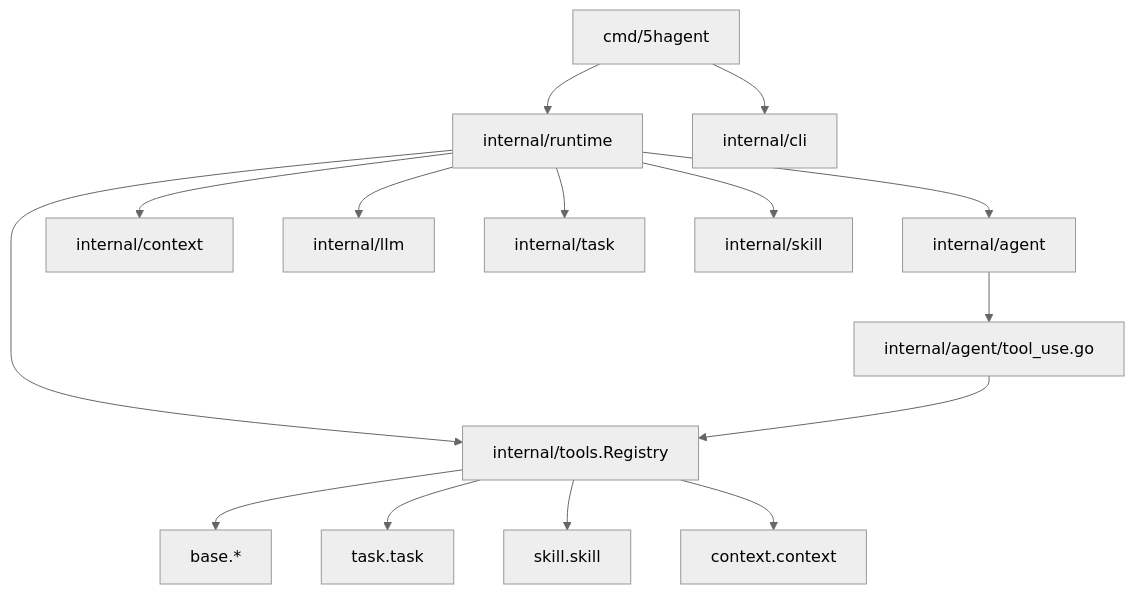
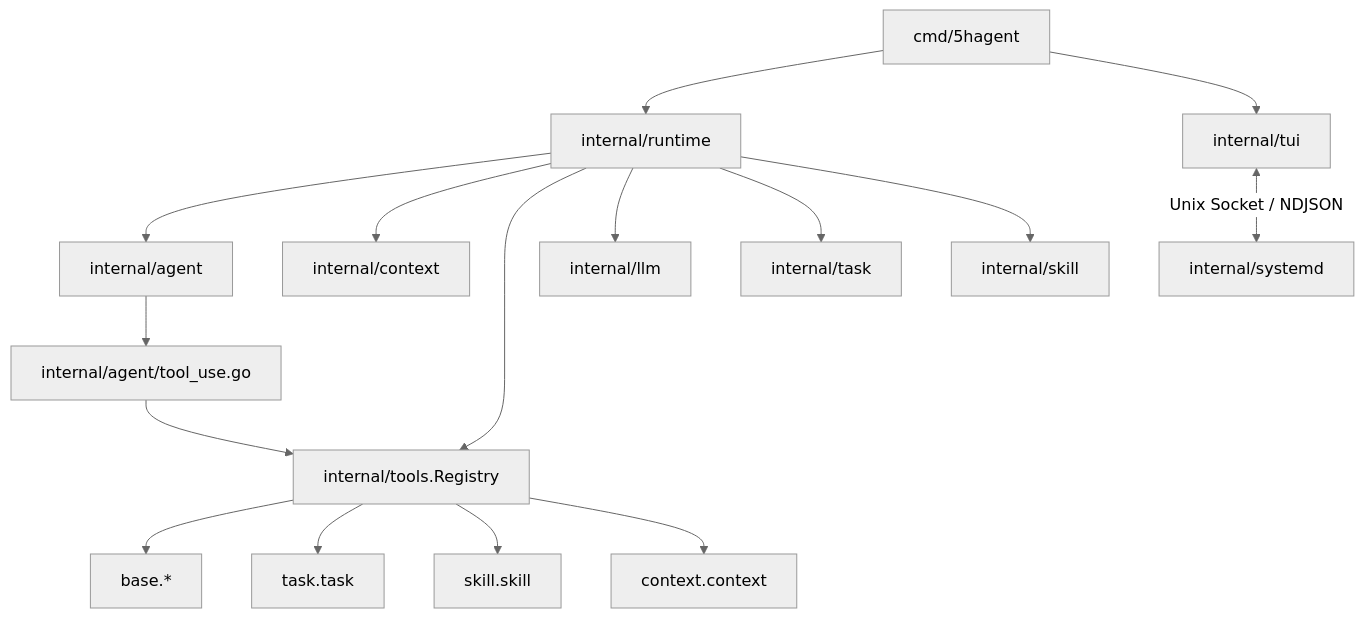
The diagram in doc/0README.md (Ozqi/5hAgent), drawn with Mermaid (neutral theme) before and after one commit. The commit also changed 16 other files, not shown here.

````diff
--- a/doc/0README.md
+++ b/doc/0README.md
@@ -19,17 +19,18 @@
 ```mermaid
 flowchart TB
   main[cmd/5hagent] --> rt[internal/runtime]
   rt --> ag[internal/agent]
   rt --> ctx[internal/context]
   rt --> reg[internal/tools.Registry]
   rt --> llm[internal/llm]
   rt --> task[internal/task]
   rt --> skill[internal/skill]
-  main --> tui[internal/cli]
+  main --> tui[internal/tui]
+  tui <-->|Unix Socket / NDJSON| systemd[internal/systemd]
   ag --> tooluse[internal/agent/tool_use.go]
   tooluse --> reg
   reg --> base[base.*]
   reg --> tasktool[task.task]
   reg --> skilltool[skill.skill]
   reg --> ctxtool[context.context]
 ```
````
